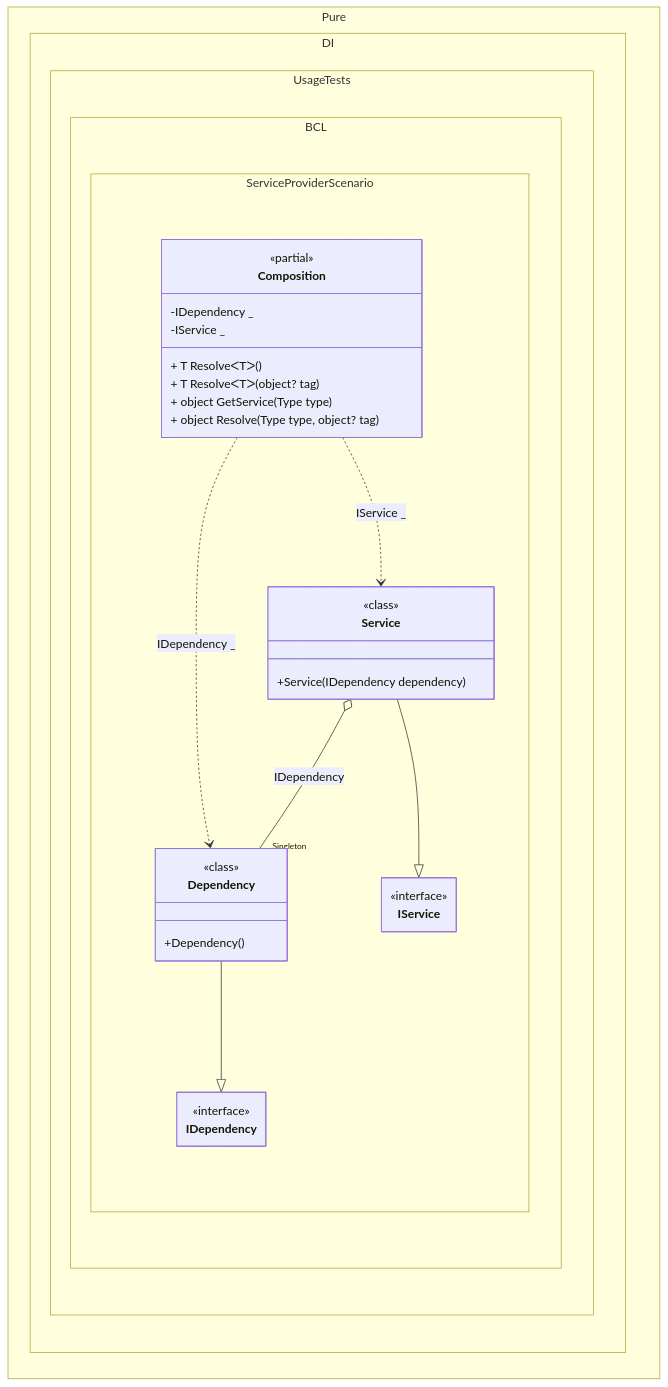
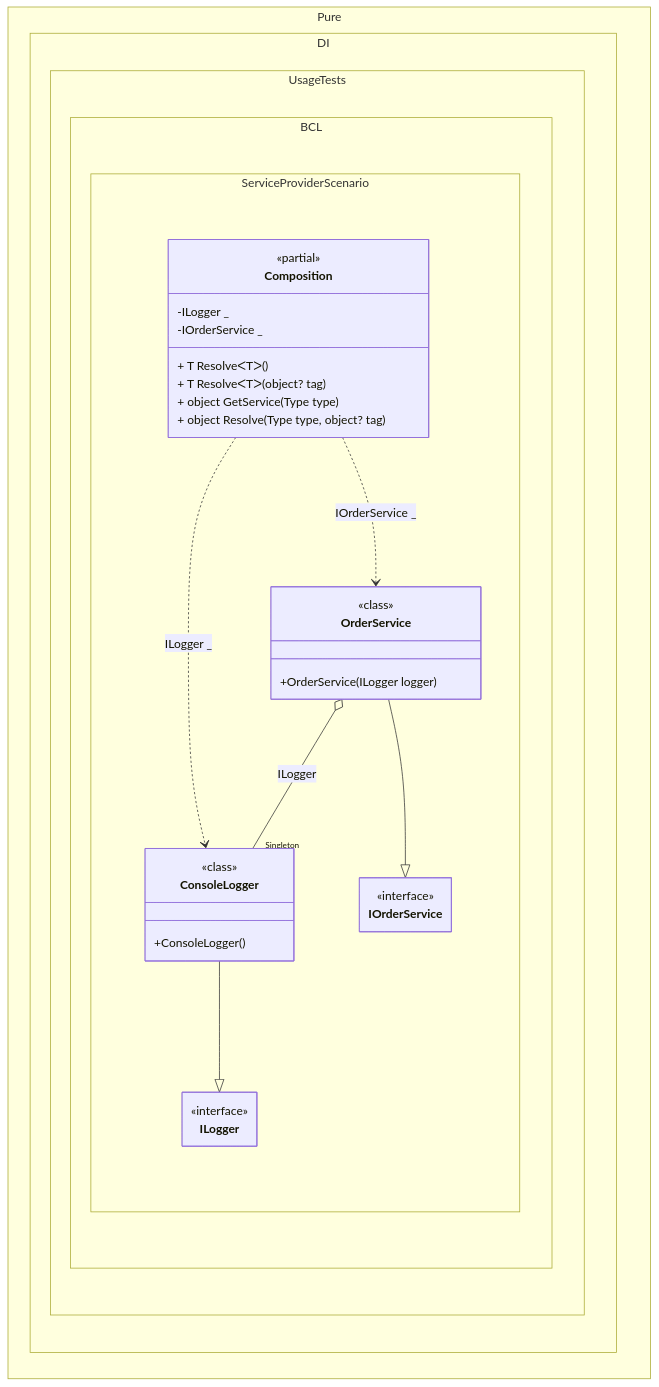
Before and after one commit to DevTeam/Pure.DI: the diagram in readme/service-provider.md, drawn with Mermaid. The commit also changed other lines of this file and 126 other files, not shown here.

````diff
--- a/readme/service-provider.md
+++ b/readme/service-provider.md
@@ -294,40 +300,40 @@
 ```mermaid
 ---
  config:
   maxTextSize: 2147483647
   maxEdges: 2147483647
   class:
    hideEmptyMembersBox: true
 ---
 classDiagram
-	Dependency --|> IDependency
-	Service --|> IService
-	Composition ..> Service : IService _
-	Composition ..> Dependency : IDependency _
-	Service o-- "Singleton" Dependency : IDependency
+	ConsoleLogger --|> ILogger
+	OrderService --|> IOrderService
+	Composition ..> OrderService : IOrderService _
+	Composition ..> ConsoleLogger : ILogger _
+	OrderService o-- "Singleton" ConsoleLogger : ILogger
 	namespace Pure.DI.UsageTests.BCL.ServiceProviderScenario {
 		class Composition {
 		<<partial>>
-		-IDependency _
-		-IService _
+		-ILogger _
+		-IOrderService _
 		+ T ResolveᐸTᐳ()
 		+ T ResolveᐸTᐳ(object? tag)
 		+ object GetService(Type type)
 		+ object Resolve(Type type, object? tag)
 		}
-		class Dependency {
+		class ConsoleLogger {
 				<<class>>
-			+Dependency()
+			+ConsoleLogger()
 		}
-		class IDependency {
+		class ILogger {
 			<<interface>>
 		}
-		class IService {
+		class IOrderService {
 			<<interface>>
 		}
-		class Service {
+		class OrderService {
 				<<class>>
-			+Service(IDependency dependency)
+			+OrderService(ILogger logger)
 		}
 	}
 ```
````
